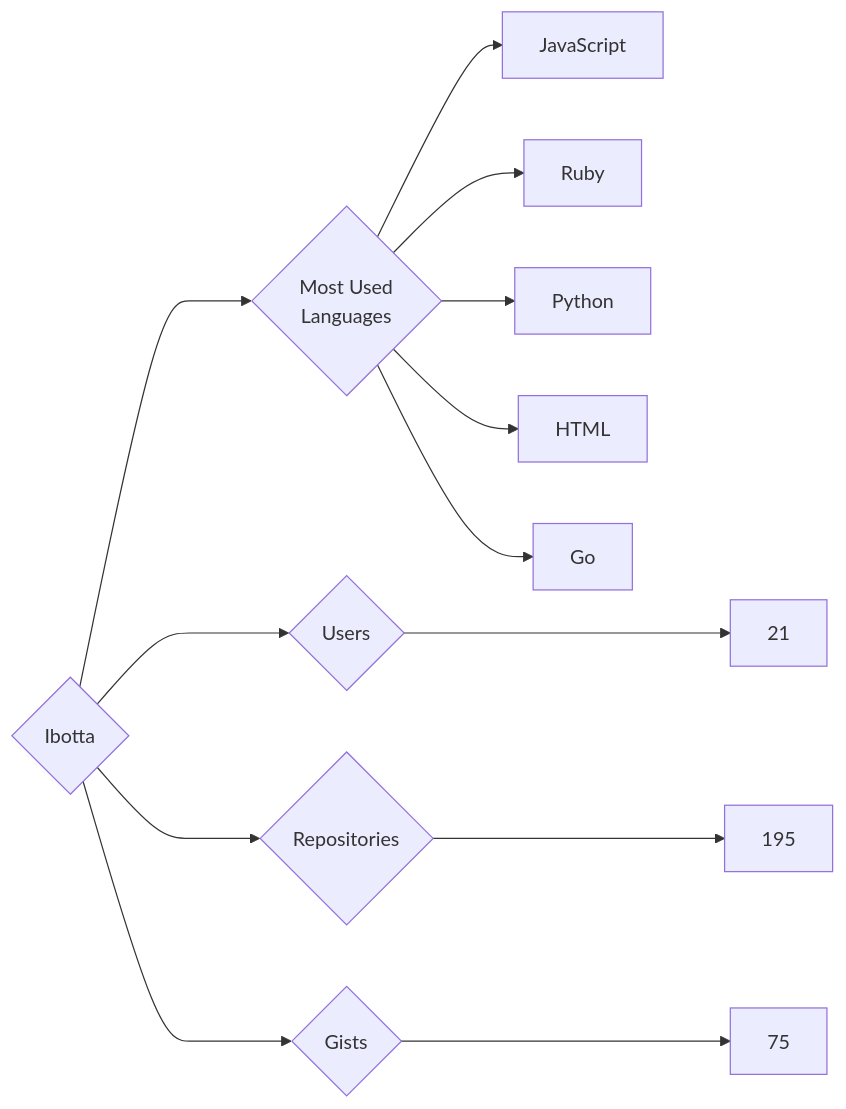
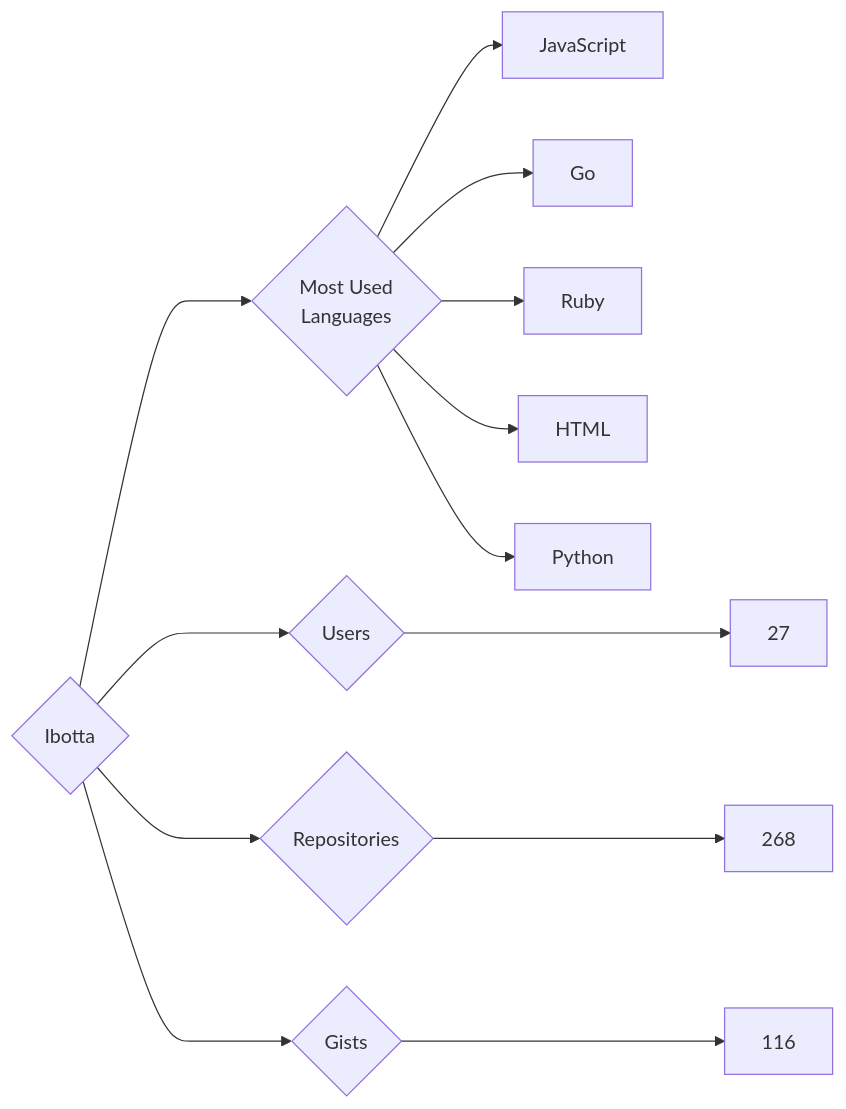
The diagram in targets/Ibotta/README.md (trickest/insiders), drawn with Mermaid before and after one commit. The commit also changed 934 other files, not shown here.

````diff
--- a/targets/Ibotta/README.md
+++ b/targets/Ibotta/README.md
@@ -3,13 +3,13 @@
 ```mermaid
 graph LR
 COMPANY_NAME{Ibotta}
-COMPANY_NAME ---> U{Users} ---> UN[21]
-COMPANY_NAME ---> R{Repositories} ---> RN[195]
-COMPANY_NAME ---> G{Gists} ---> GN[75]
+COMPANY_NAME ---> U{Users} ---> UN[27]
+COMPANY_NAME ---> R{Repositories} ---> RN[268]
+COMPANY_NAME ---> G{Gists} ---> GN[116]
 COMPANY_NAME ---> ML{Most Used<br>Languages}
 ML --> JavaScript[JavaScript]
+ML --> Go[Go]
 ML --> Ruby[Ruby]
+ML --> HTML[HTML]
 ML --> Python[Python]
-ML --> HTML[HTML]
-ML --> Go[Go]
 ```
````
